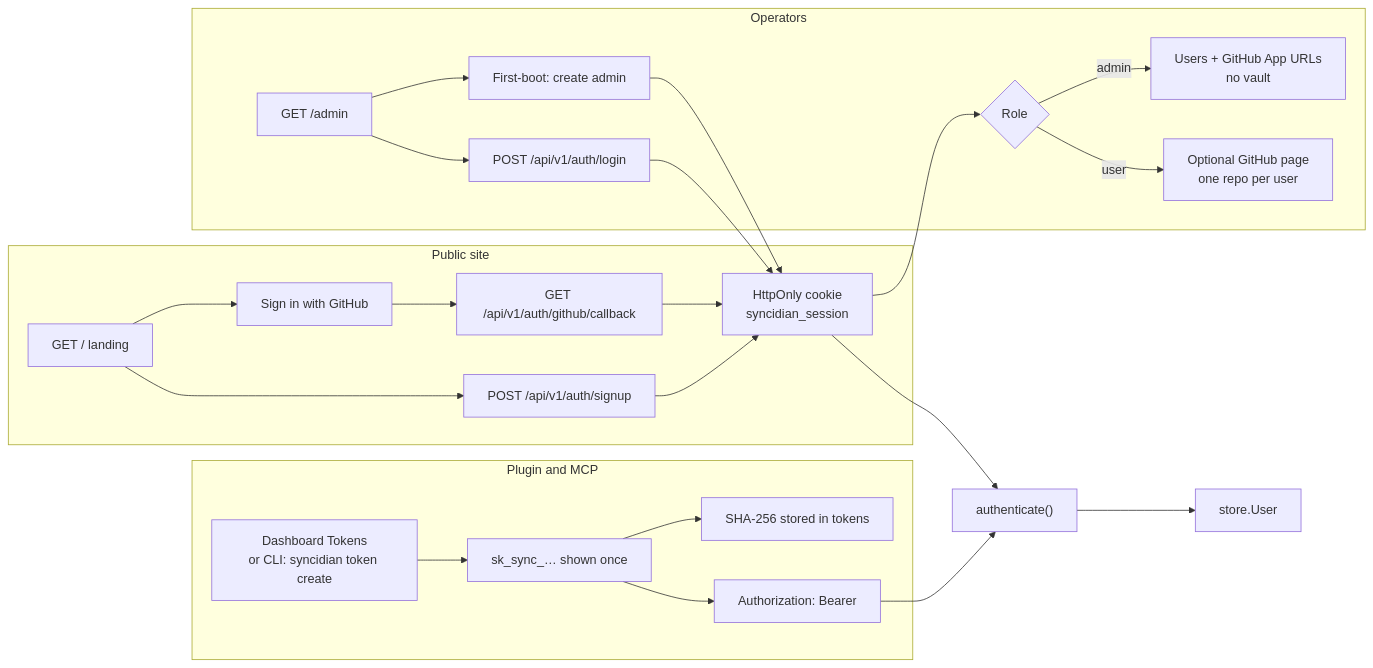
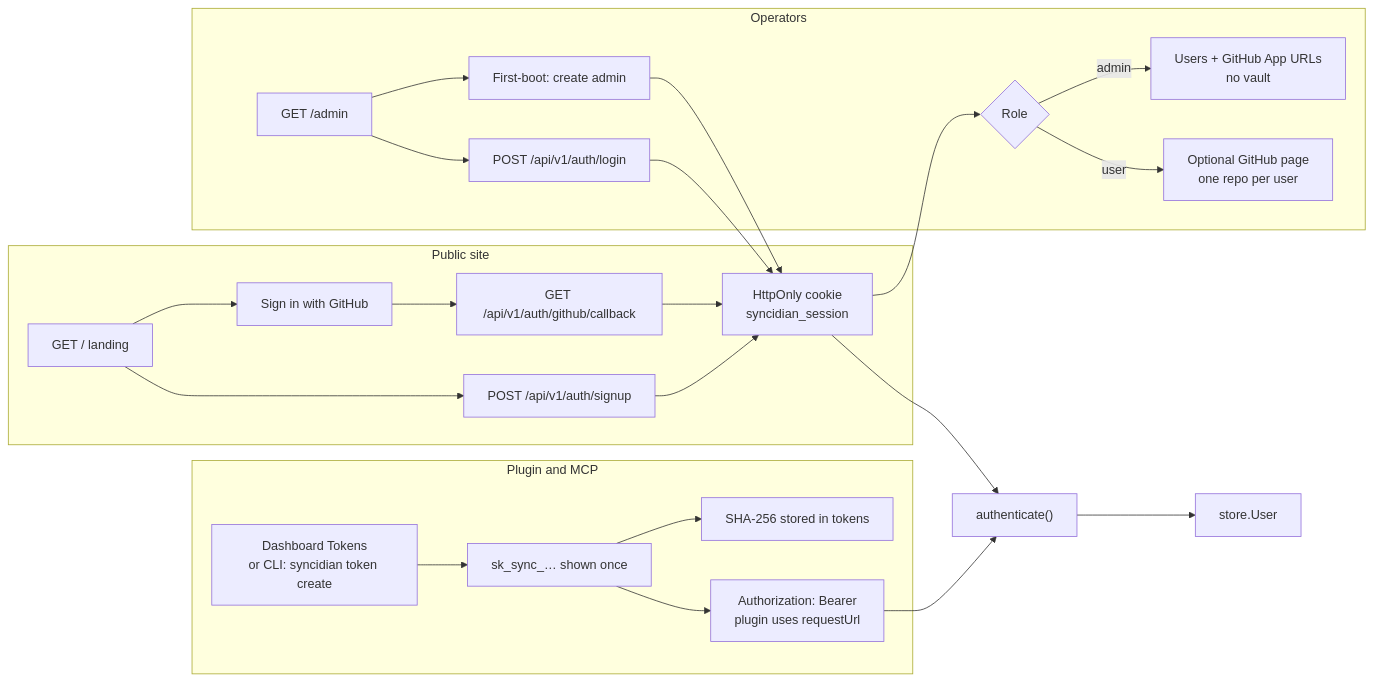
One commit to shangeethsivan/Syncidian changed the ninth of 13 diagrams in docs/architecture.md. Above: the diagram before and after it, drawn with Mermaid. The commit also changed other lines of this file and 1 other file, not shown here.

First line of the commit message:
Finish remaining Mermaid charts for mobile live updates

````diff
--- a/docs/architecture.md
+++ b/docs/architecture.md
@@ -313,30 +313,30 @@
 ```mermaid
 flowchart LR
   subgraph site [Public site]
     Land["GET / landing"] --> GitHub["Sign in with GitHub"]
     Land --> Email["POST /api/v1/auth/signup"]
     GitHub --> Callback["GET /api/v1/auth/github/callback"]
     Callback --> Cookie["HttpOnly cookie<br/>syncidian_session"]
     Email --> Cookie
   end
 
   subgraph admin [Operators]
     AdminUI["GET /admin"] --> Setup["First-boot: create admin"]
     AdminUI --> Login["POST /api/v1/auth/login"]
     Setup --> Cookie
     Login --> Cookie
     Cookie --> Split{"Role"}
     Split -->|"admin"| UsersOnly["Users + GitHub App URLs<br/>no vault"]
     Split -->|"user"| VaultUI["Optional GitHub page<br/>one repo per user"]
   end
 
   subgraph pluginAuth [Plugin and MCP]
     Tokens["Dashboard Tokens<br/>or CLI: syncidian token create"] --> Raw["sk_sync_… shown once"]
     Raw --> Hash["SHA-256 stored in tokens"]
-    Raw --> Header["Authorization: Bearer"]
+    Raw --> Header["Authorization: Bearer<br/>plugin uses requestUrl"]
   end
 
   Cookie --> Authed["authenticate()"]
   Header --> Authed
   Authed --> User["store.User"]
 ```
````
